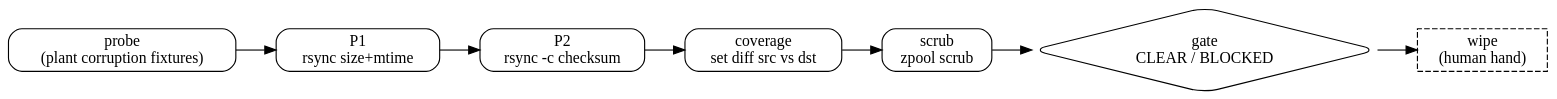
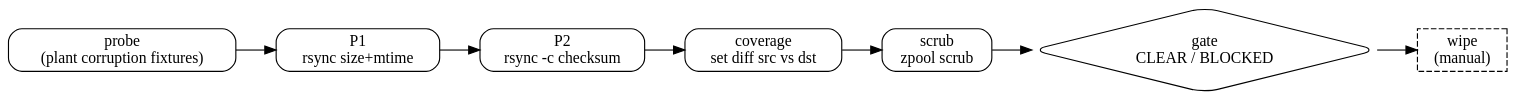
The diagram in src/content/docs/guides/nas-bulk-data-migration.mdx (erfianugrah/lexicanum), drawn with Graphviz before and after one commit. The commit also changed other lines of this file and 74 other files, not shown here.

````diff
--- a/src/content/docs/guides/nas-bulk-data-migration.mdx
+++ b/src/content/docs/guides/nas-bulk-data-migration.mdx
@@ -62,15 +62,15 @@
 ```dot
 digraph chain {
   bgcolor="transparent";
   rankdir=LR;
   node [shape=box, style=rounded];
   probe [label="probe\n(plant corruption fixtures)"];
   p1 [label="P1\nrsync size+mtime"];
   p2 [label="P2\nrsync -c checksum"];
   cov [label="coverage\nset diff src vs dst"];
   scrub [label="scrub\nzpool scrub"];
   gate [label="gate\nCLEAR / BLOCKED", shape=diamond];
-  wipe [label="wipe\n(human hand)", shape=box, style=dashed];
+  wipe [label="wipe\n(manual)", shape=box, style=dashed];
   probe -> p1 -> p2 -> cov -> scrub -> gate -> wipe;
 }
 ```
````
